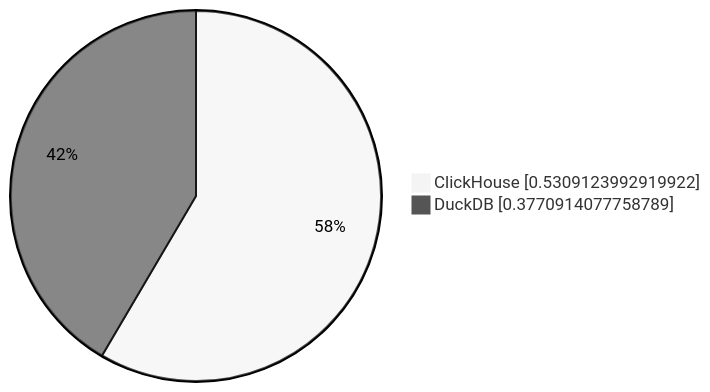
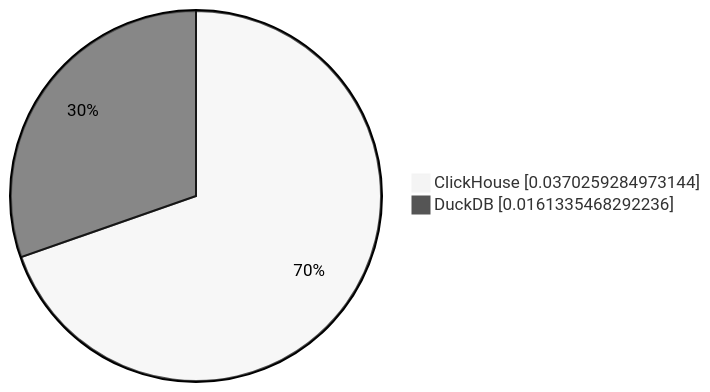
Before and after one commit to Altinity/clickhouse-regression: the second of 10 diagrams in parquet/performance/results/README.md, drawn with Mermaid (neutral theme). The commit also changed other lines of this file, not shown here.

````diff
--- a/parquet/performance/results/README.md
+++ b/parquet/performance/results/README.md
@@ -20,5 +20,5 @@
 ```mermaid
      pie showData
-         "ClickHouse" : 0.5309123992919922
-         "DuckDB" : 0.3770914077758789
+         "ClickHouse" : 0.0370259284973144
+         "DuckDB" : 0.0161335468292236
 ```
````
